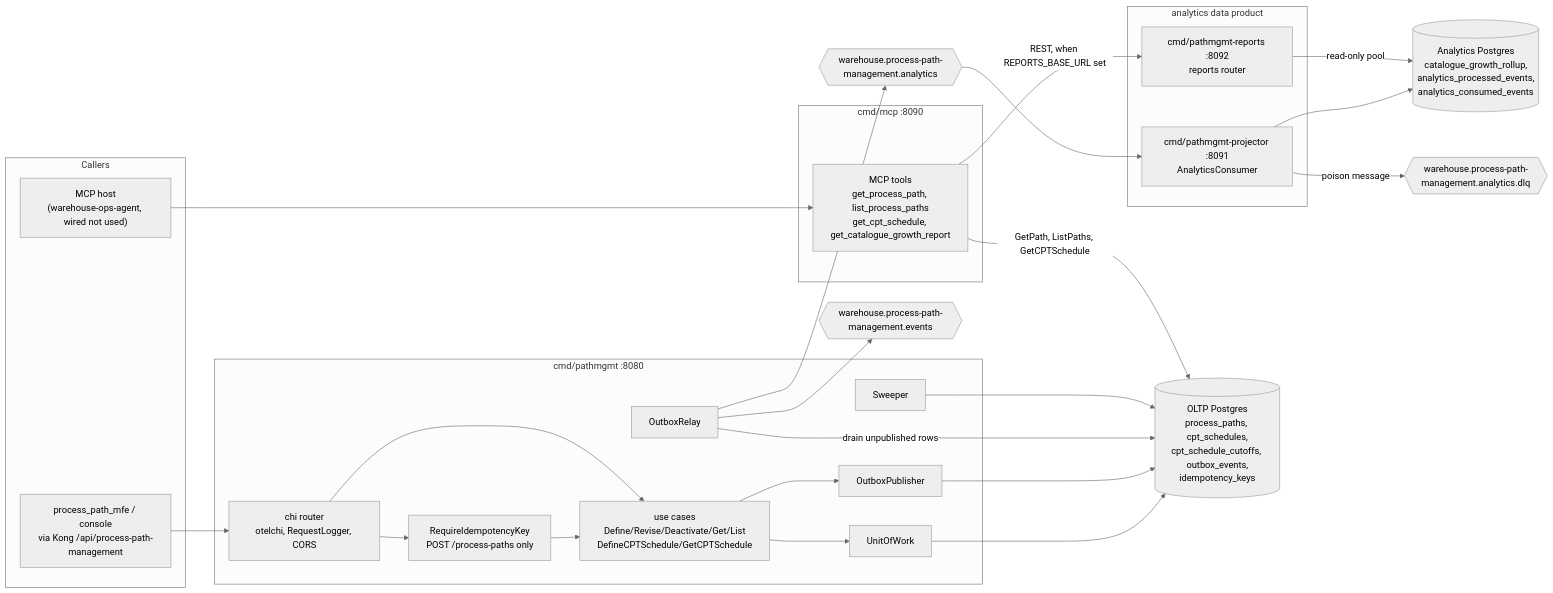
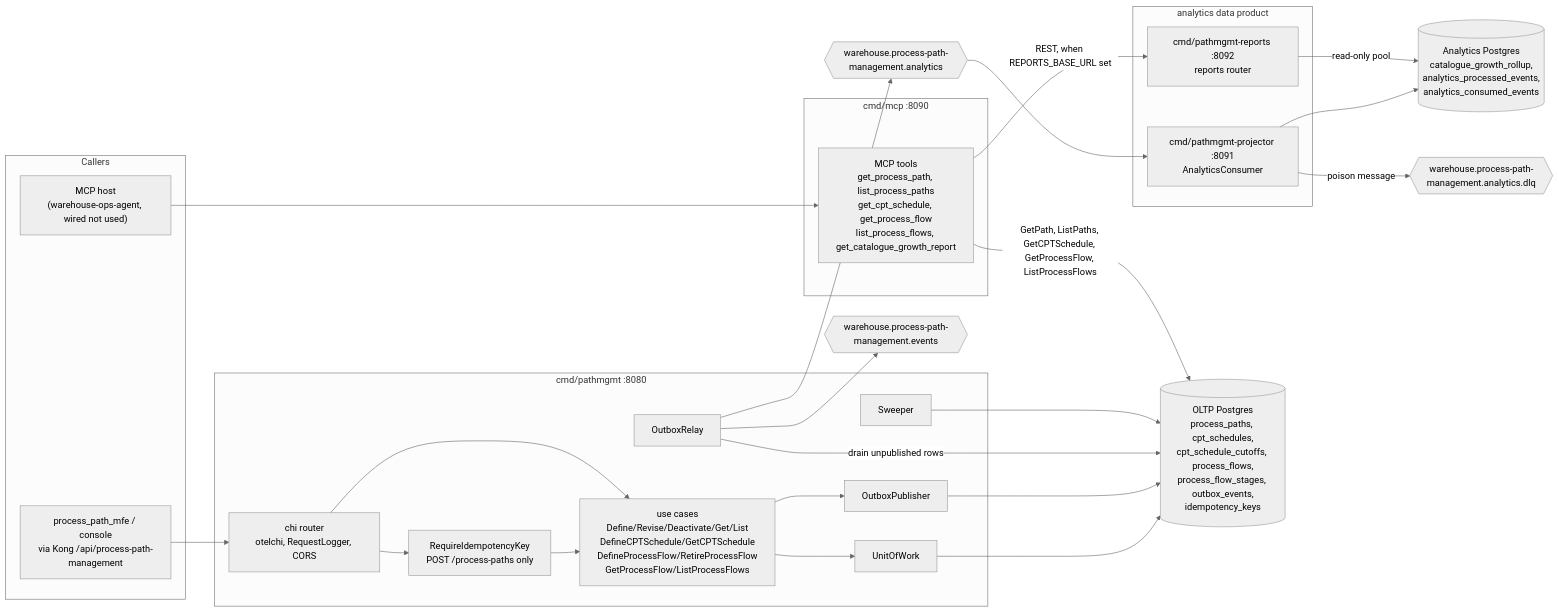
Before and after one commit to IQVO/process-path-management: the diagram in docs/docs/overview/architecture.md, drawn with Mermaid (neutral theme). The commit also changed other lines of this file and 18 other files, not shown here.

First line of the commit message:
docs: describe the ProcessFlow aggregate (ADR 0042) in the README and docs pages

````diff
--- a/docs/docs/overview/architecture.md
+++ b/docs/docs/overview/architecture.md
@@ -65,48 +66,48 @@
 ```mermaid
 flowchart LR
   subgraph clients["Callers"]
     SPA["process_path_mfe / console<br/>via Kong /api/process-path-management"]
     AGENT["MCP host<br/>(warehouse-ops-agent, wired not used)"]
   end
 
   subgraph api["cmd/pathmgmt :8080"]
     ROUTER["chi router<br/>otelchi, RequestLogger, CORS"]
     IDEM["RequireIdempotencyKey<br/>POST /process-paths only"]
-    UC["use cases<br/>Define/Revise/Deactivate/Get/List<br/>DefineCPTSchedule/GetCPTSchedule"]
+    UC["use cases<br/>Define/Revise/Deactivate/Get/List<br/>DefineCPTSchedule/GetCPTSchedule<br/>DefineProcessFlow/RetireProcessFlow<br/>GetProcessFlow/ListProcessFlows"]
     UOW["UnitOfWork"]
     OBP["OutboxPublisher"]
     RELAY["OutboxRelay"]
     SWEEP["Sweeper"]
   end
 
   subgraph mcpbin["cmd/mcp :8090"]
-    TOOLS["MCP tools<br/>get_process_path, list_process_paths<br/>get_cpt_schedule, get_catalogue_growth_report"]
+    TOOLS["MCP tools<br/>get_process_path, list_process_paths<br/>get_cpt_schedule, get_process_flow<br/>list_process_flows, get_catalogue_growth_report"]
   end
 
   subgraph analytics["analytics data product"]
     PROJ["cmd/pathmgmt-projector :8091<br/>AnalyticsConsumer"]
     REP["cmd/pathmgmt-reports :8092<br/>reports router"]
   end
 
-  OLTP[("OLTP Postgres<br/>process_paths, cpt_schedules,<br/>cpt_schedule_cutoffs, outbox_events,<br/>idempotency_keys")]
+  OLTP[("OLTP Postgres<br/>process_paths, cpt_schedules,<br/>cpt_schedule_cutoffs, process_flows,<br/>process_flow_stages, outbox_events,<br/>idempotency_keys")]
   ADB[("Analytics Postgres<br/>catalogue_growth_rollup,<br/>analytics_processed_events,<br/>analytics_consumed_events")]
   EV{{"warehouse.process-path-management.events"}}
   AN{{"warehouse.process-path-management.analytics"}}
   DLQ{{"warehouse.process-path-management.analytics.dlq"}}
 
   SPA --> ROUTER
   ROUTER --> IDEM --> UC
   ROUTER --> UC
   UC --> UOW --> OLTP
   UC --> OBP --> OLTP
   RELAY -- "drain unpublished rows" --> OLTP
   RELAY --> EV
   RELAY --> AN
   SWEEP --> OLTP
   AGENT --> TOOLS
-  TOOLS -- "GetPath, ListPaths, GetCPTSchedule" --> OLTP
+  TOOLS -- "GetPath, ListPaths, GetCPTSchedule, GetProcessFlow, ListProcessFlows" --> OLTP
   TOOLS -- "REST, when REPORTS_BASE_URL set" --> REP
   AN --> PROJ --> ADB
   PROJ -- "poison message" --> DLQ
   REP -- "read-only pool" --> ADB
 ```
````
